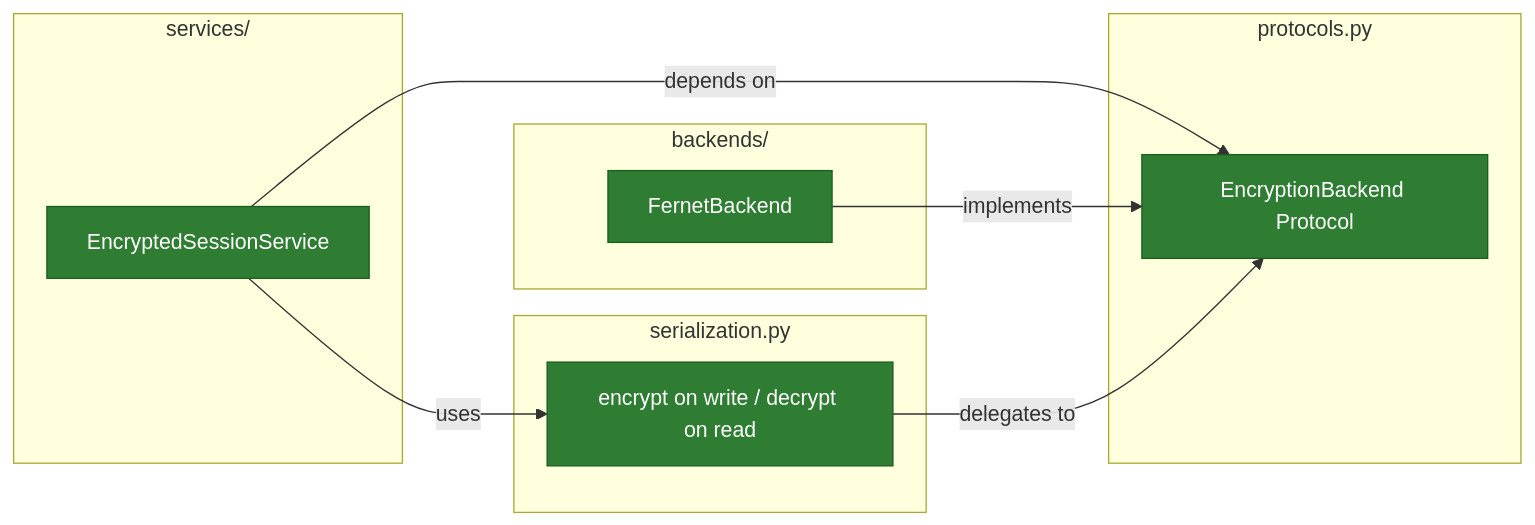
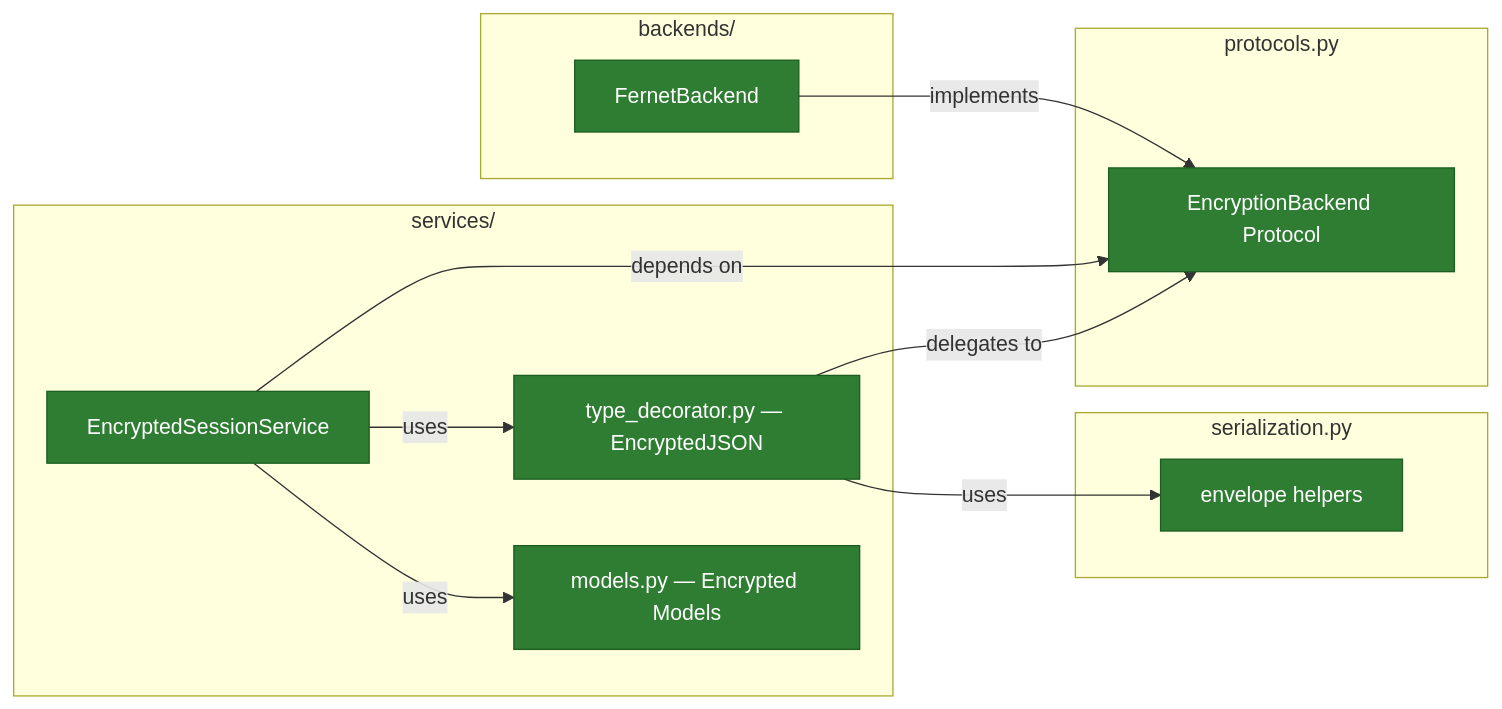
Before and after one commit to Alberto-Codes/adk-secure-sessions: the third of 3 diagrams in docs/ARCHITECTURE.md, drawn with Mermaid. The commit also changed other lines of this file and 12 other files, not shown here.

First line of the commit message:
docs(session): update docs for DatabaseSessionService wrapper architecture

````diff
--- a/docs/ARCHITECTURE.md
+++ b/docs/ARCHITECTURE.md
@@ -68,28 +71,34 @@
 ```mermaid
 graph LR
     subgraph protocols.py
         EB2[EncryptionBackend Protocol]
     end
 
     subgraph services/
         ESS2[EncryptedSessionService]
+        TD2[type_decorator.py — EncryptedJSON]
+        MOD2[models.py — Encrypted Models]
     end
 
     subgraph backends/
         FB2[FernetBackend]
     end
 
     subgraph serialization.py
-        SER[encrypt on write / decrypt on read]
+        SER[envelope helpers]
     end
 
     ESS2 -->|depends on| EB2
+    ESS2 -->|uses| TD2
+    ESS2 -->|uses| MOD2
+    TD2 -->|delegates to| EB2
+    TD2 -->|uses| SER
     FB2 -->|implements| EB2
-    ESS2 -->|uses| SER
-    SER -->|delegates to| EB2
 
     style EB2 fill:#2e7d32,stroke:#1b5e20,color:#fff
     style ESS2 fill:#2e7d32,stroke:#1b5e20,color:#fff
+    style TD2 fill:#2e7d32,stroke:#1b5e20,color:#fff
+    style MOD2 fill:#2e7d32,stroke:#1b5e20,color:#fff
     style FB2 fill:#2e7d32,stroke:#1b5e20,color:#fff
     style SER fill:#2e7d32,stroke:#1b5e20,color:#fff
 ```
````
